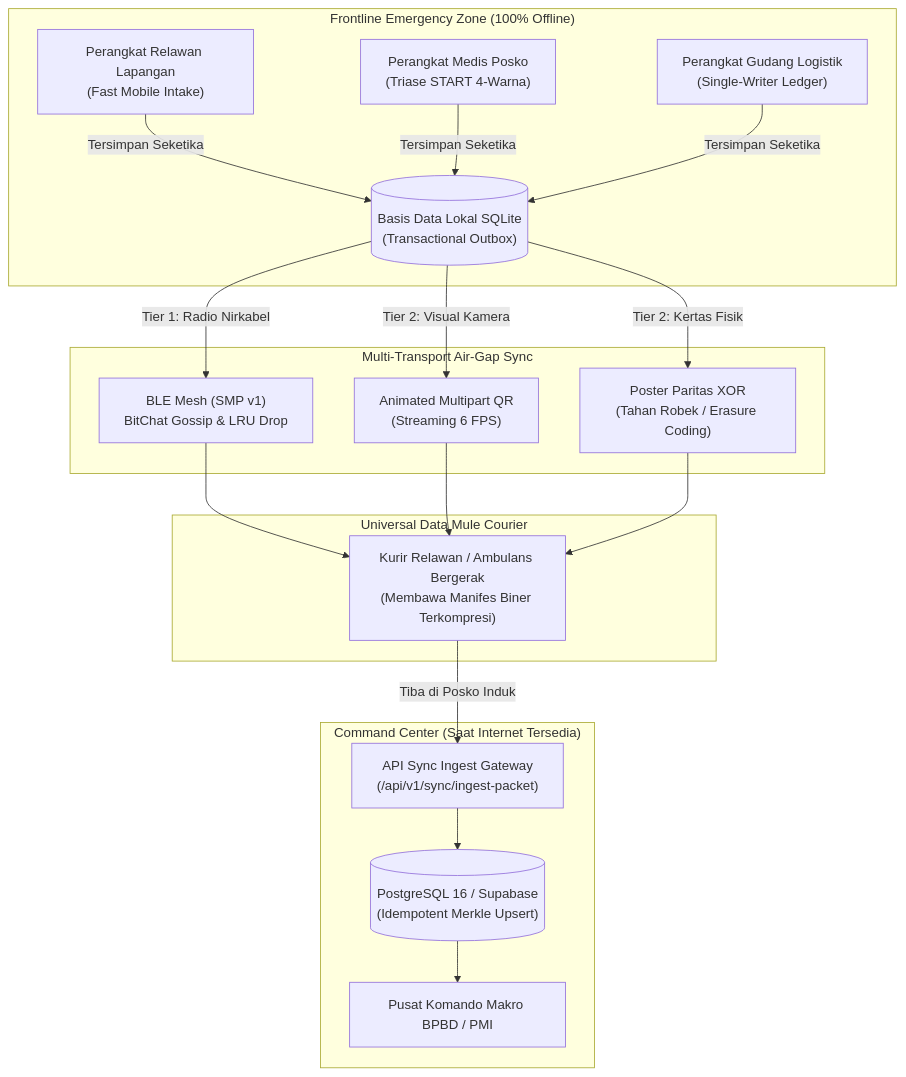
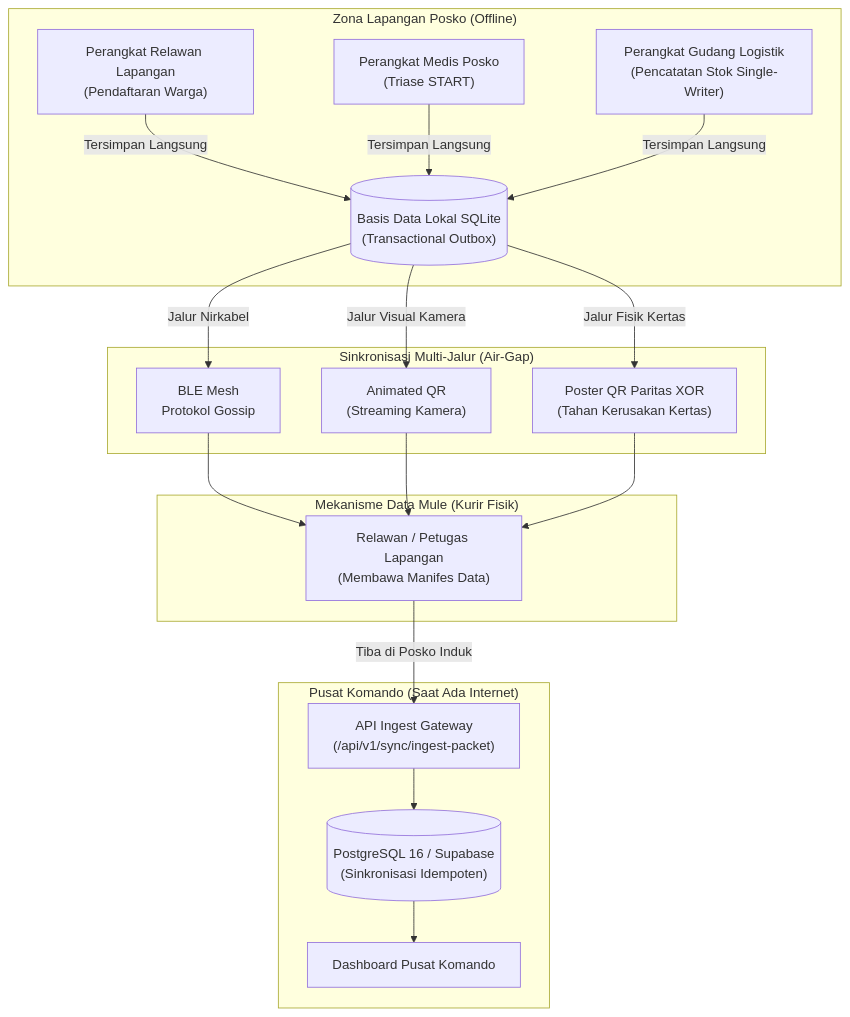
Before and after one commit to untacorp/sandya: the first of 2 diagrams in README.md, drawn with Mermaid. The commit also changed other lines of this file and 40 other files, not shown here.

````diff
--- a/README.md
+++ b/README.md
@@ -255,26 +261,26 @@
 ```mermaid
 flowchart TD
-    subgraph Frontline["Frontline Emergency Zone (100% Offline)"]
-        D1["Perangkat Relawan Lapangan<br/>(Fast Mobile Intake)"]
-        D2["Perangkat Medis Posko<br/>(Triase START 4-Warna)"]
-        D3["Perangkat Gudang Logistik<br/>(Single-Writer Ledger)"]
+    subgraph Frontline["Zona Lapangan Posko (Offline)"]
+        D1["Perangkat Relawan Lapangan<br/>(Pendaftaran Warga)"]
+        D2["Perangkat Medis Posko<br/>(Triase START)"]
+        D3["Perangkat Gudang Logistik<br/>(Pencatatan Stok Single-Writer)"]
         
-        D1 & D2 & D3 -->|Tersimpan Seketika| DB_LOCAL[("Basis Data Lokal SQLite<br/>(Transactional Outbox)")]
+        D1 & D2 & D3 -->|Tersimpan Langsung| DB_LOCAL[("Basis Data Lokal SQLite<br/>(Transactional Outbox)")]
     end
 
-    subgraph MeshSync["Multi-Transport Air-Gap Sync"]
-        DB_LOCAL -->|Tier 1: Radio Nirkabel| BLE["BLE Mesh (SMP v1)<br/>BitChat Gossip & LRU Drop"]
-        DB_LOCAL -->|Tier 2: Visual Kamera| QR_ANIM["Animated Multipart QR<br/>(Streaming 6 FPS)"]
-        DB_LOCAL -->|Tier 2: Kertas Fisik| QR_POSTER["Poster Paritas XOR<br/>(Tahan Robek / Erasure Coding)"]
+    subgraph MeshSync["Sinkronisasi Multi-Jalur (Air-Gap)"]
+        DB_LOCAL -->|Jalur Nirkabel| BLE["BLE Mesh<br/>Protokol Gossip"]
+        DB_LOCAL -->|Jalur Visual Kamera| QR_ANIM["Animated QR<br/>(Streaming Kamera)"]
+        DB_LOCAL -->|Jalur Fisik Kertas| QR_POSTER["Poster QR Paritas XOR<br/>(Tahan Kerusakan Kertas)"]
     end
 
-    subgraph DataMule["Universal Data Mule Courier"]
-        BLE & QR_ANIM & QR_POSTER --> MULE["Kurir Relawan / Ambulans Bergerak<br/>(Membawa Manifes Biner Terkompresi)"]
+    subgraph DataMule["Mekanisme Data Mule (Kurir Fisik)"]
+        BLE & QR_ANIM & QR_POSTER --> MULE["Relawan / Petugas Lapangan<br/>(Membawa Manifes Data)"]
     end
 
-    subgraph Upstream["Command Center (Saat Internet Tersedia)"]
-        MULE -->|Tiba di Posko Induk| GATEWAY["API Sync Ingest Gateway<br/>(/api/v1/sync/ingest-packet)"]
-        GATEWAY --> CLOUD_DB[("PostgreSQL 16 / Supabase<br/>(Idempotent Merkle Upsert)")]
-        CLOUD_DB --> DASHBOARD["Pusat Komando Makro BPBD / PMI"]
+    subgraph Upstream["Pusat Komando (Saat Ada Internet)"]
+        MULE -->|Tiba di Posko Induk| GATEWAY["API Ingest Gateway<br/>(/api/v1/sync/ingest-packet)"]
+        GATEWAY --> CLOUD_DB[("PostgreSQL 16 / Supabase<br/>(Sinkronisasi Idempoten)")]
+        CLOUD_DB --> DASHBOARD["Dashboard Pusat Komando"]
     end
 ```
````
